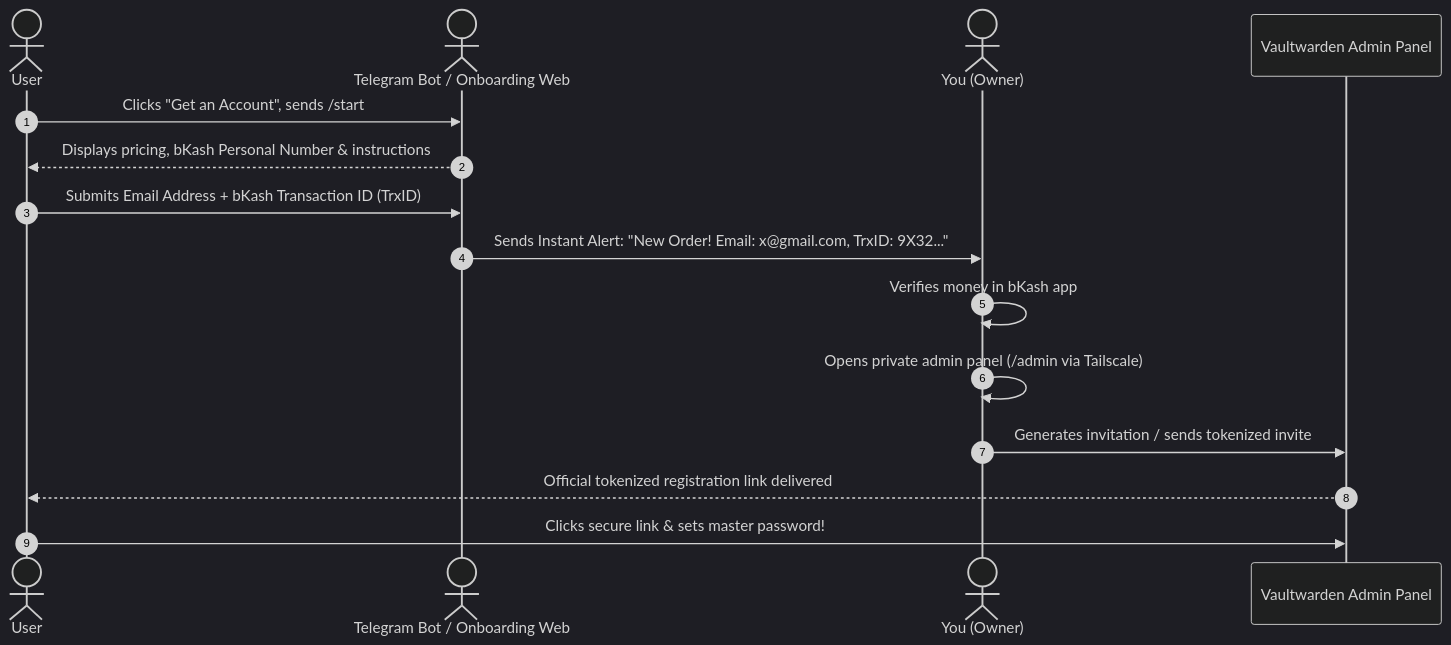
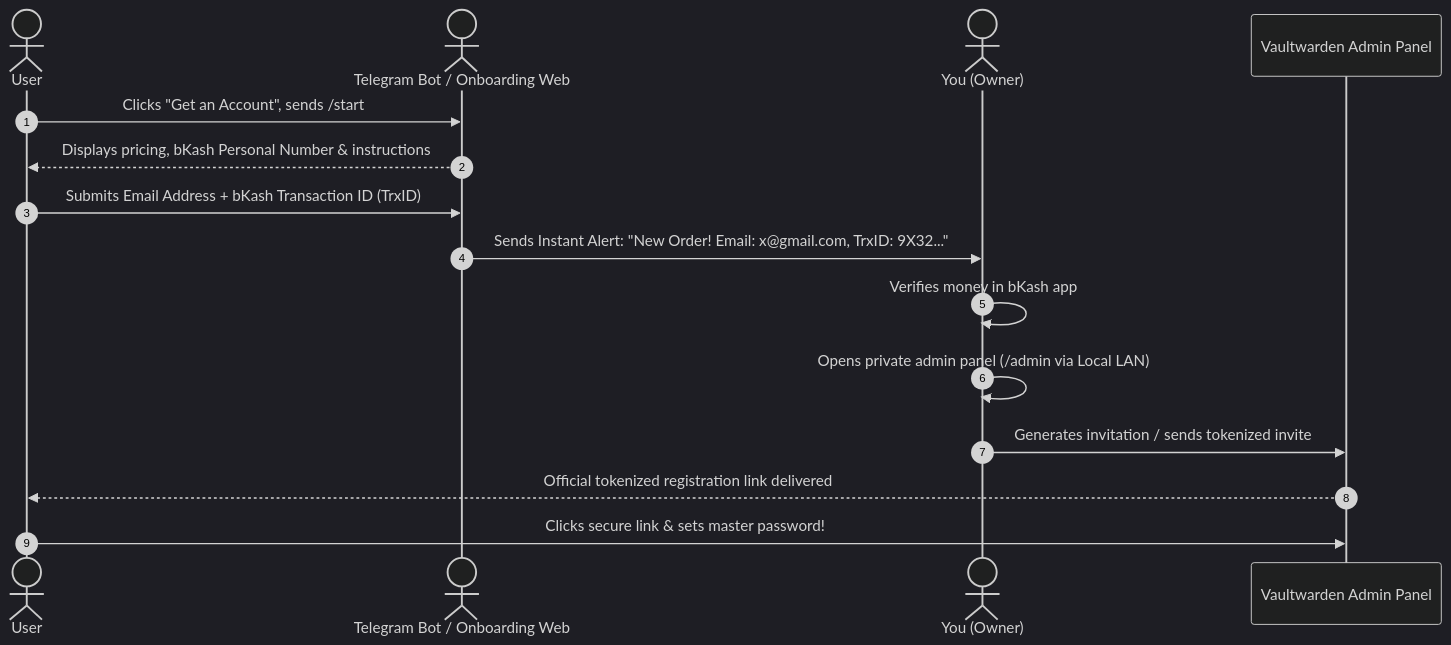
The diagram in projects/03-vaultwarden-service/README.md (snowfox-rubait/lab), drawn with Mermaid (dark theme) before and after one commit. The commit also changed other lines of this file and 6 other files, not shown here.

Commit message:
fix(docs): synchronize roadmap zones, purge Tailscale from VW admin, populate postmortem template, clarify storage datasets and forced-command SSH

````diff
--- a/projects/03-vaultwarden-service/README.md
+++ b/projects/03-vaultwarden-service/README.md
@@ -142,18 +141,18 @@
 ```mermaid
 sequenceDiagram
     autonumber
     actor Customer as User
     actor Bot as Telegram Bot / Onboarding Web
     actor Admin as You (Owner)
     participant VW as Vaultwarden Admin Panel
     
     Customer->>Bot: Clicks "Get an Account", sends /start
     Bot-->>Customer: Displays pricing, bKash Personal Number & instructions
     Customer->>Bot: Submits Email Address + bKash Transaction ID (TrxID)
     Bot->>Admin: Sends Instant Alert: "New Order! Email: x@gmail.com, TrxID: 9X32..."
     Admin->>Admin: Verifies money in bKash app
-    Admin->>Admin: Opens private admin panel (/admin via Tailscale)
+    Admin->>Admin: Opens private admin panel (/admin via Local LAN)
     Admin->>VW: Generates invitation / sends tokenized invite
     VW-->>Customer: Official tokenized registration link delivered
     Customer->>VW: Clicks secure link & sets master password!
 ```
````
